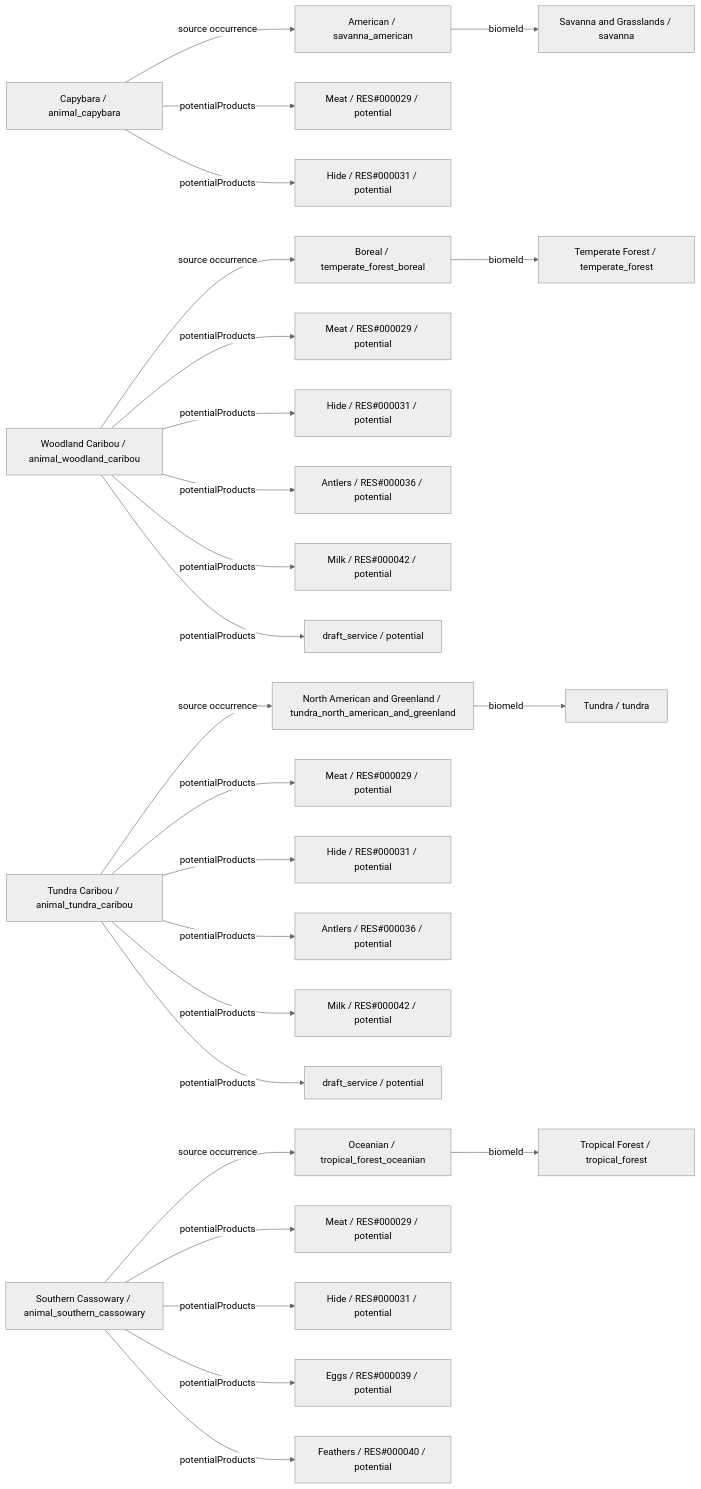
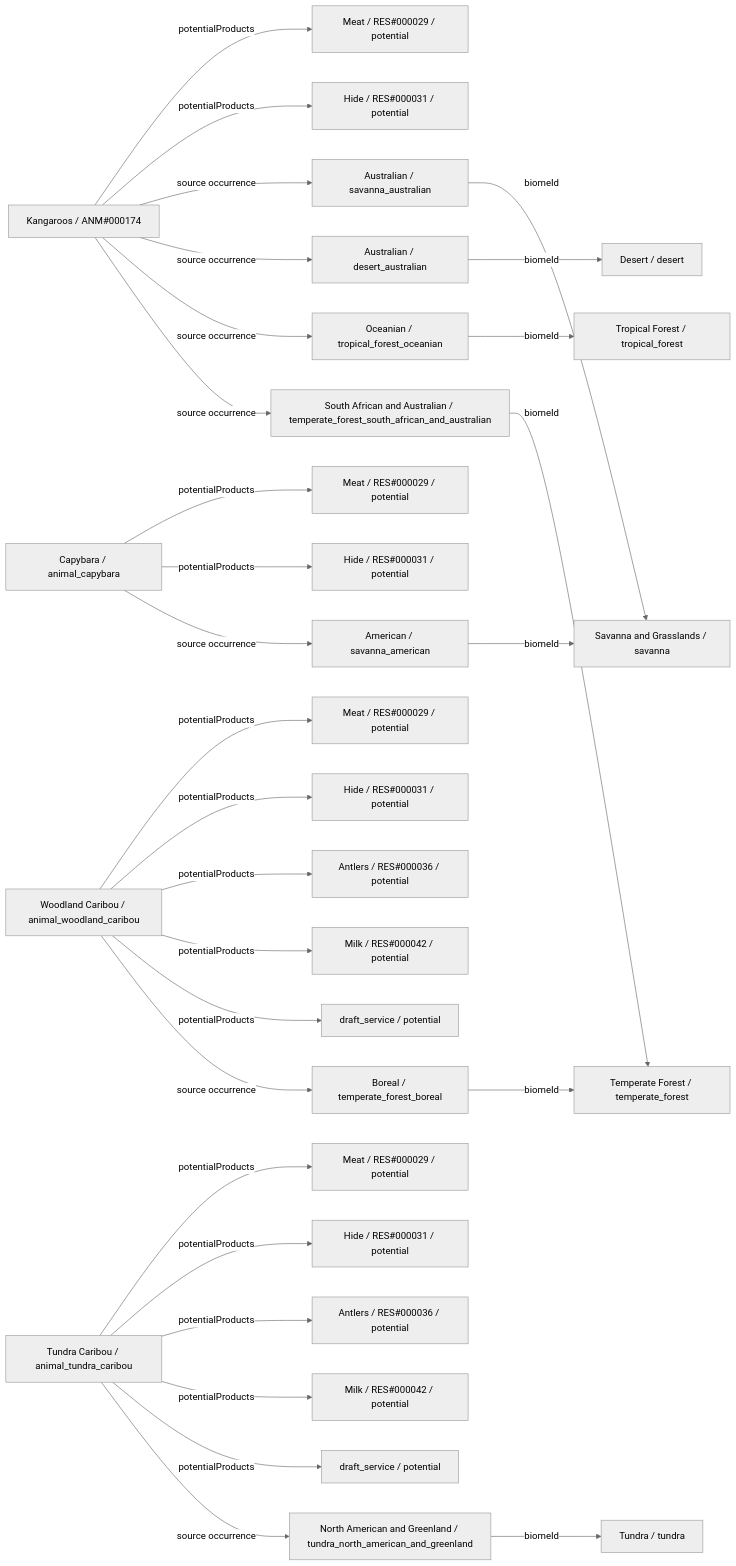
Before and after one commit to fgabo404/EvolveDoc: the fifth of 26 diagrams in data/animals/DIAGRAMS.md, drawn with Mermaid (neutral theme). The commit also changed other lines of this file and 59 other files, not shown here.

````diff
--- a/data/animals/DIAGRAMS.md
+++ b/data/animals/DIAGRAMS.md
@@ -397,55 +294,61 @@
 ```mermaid
 flowchart LR
-    c0["Capybara / animal_capybara"]
-    v12["American / savanna_american"]
+    c0["Kangaroos / ANM#000174"]
+    v3["Oceanian / tropical_forest_oceanian"]
+    b0["Tropical Forest / tropical_forest"]
+    v6["South African and Australian / temperate_forest_south_african_and_australian"]
+    b1["Temperate Forest / temperate_forest"]
+    v14["Australian / savanna_australian"]
     b3["Savanna and Grasslands / savanna"]
+    v18["Australian / desert_australian"]
+    b4["Desert / desert"]
     o0_0["Meat / RES#000029 / potential"]
     o0_1["Hide / RES#000031 / potential"]
-    c1["Woodland Caribou / animal_woodland_caribou"]
-    v7["Boreal / temperate_forest_boreal"]
-    b1["Temperate Forest / temperate_forest"]
+    c1["Capybara / animal_capybara"]
+    v12["American / savanna_american"]
     o1_0["Meat / RES#000029 / potential"]
     o1_1["Hide / RES#000031 / potential"]
-    o1_2["Antlers / RES#000036 / potential"]
-    o1_3["Milk / RES#000042 / potential"]
-    o1_4["draft_service / potential"]
-    c2["Tundra Caribou / animal_tundra_caribou"]
-    v8["North American and Greenland / tundra_north_american_and_greenland"]
-    b2["Tundra / tundra"]
+    c2["Woodland Caribou / animal_woodland_caribou"]
+    v7["Boreal / temperate_forest_boreal"]
     o2_0["Meat / RES#000029 / potential"]
     o2_1["Hide / RES#000031 / potential"]
     o2_2["Antlers / RES#000036 / potential"]
     o2_3["Milk / RES#000042 / potential"]
     o2_4["draft_service / potential"]
-    c3["Southern Cassowary / animal_southern_cassowary"]
-    v3["Oceanian / tropical_forest_oceanian"]
-    b0["Tropical Forest / tropical_forest"]
+    c3["Tundra Caribou / animal_tundra_caribou"]
+    v8["North American and Greenland / tundra_north_american_and_greenland"]
+    b2["Tundra / tundra"]
     o3_0["Meat / RES#000029 / potential"]
     o3_1["Hide / RES#000031 / potential"]
-    o3_2["Eggs / RES#000039 / potential"]
-    o3_3["Feathers / RES#000040 / potential"]
+    o3_2["Antlers / RES#000036 / potential"]
+    o3_3["Milk / RES#000042 / potential"]
+    o3_4["draft_service / potential"]
     c0 -->|potentialProducts| o0_0
     c0 -->|potentialProducts| o0_1
-    c0 -->|source occurrence| v12
+    c0 -->|source occurrence| v14
+    c0 -->|source occurrence| v18
+    c0 -->|source occurrence| v3
+    c0 -->|source occurrence| v6
     c1 -->|potentialProducts| o1_0
     c1 -->|potentialProducts| o1_1
-    c1 -->|potentialProducts| o1_2
-    c1 -->|potentialProducts| o1_3
-    c1 -->|potentialProducts| o1_4
-    c1 -->|source occurrence| v7
+    c1 -->|source occurrence| v12
     c2 -->|potentialProducts| o2_0
     c2 -->|potentialProducts| o2_1
     c2 -->|potentialProducts| o2_2
     c2 -->|potentialProducts| o2_3
     c2 -->|potentialProducts| o2_4
-    c2 -->|source occurrence| v8
+    c2 -->|source occurrence| v7
     c3 -->|potentialProducts| o3_0
     c3 -->|potentialProducts| o3_1
     c3 -->|potentialProducts| o3_2
     c3 -->|potentialProducts| o3_3
-    c3 -->|source occurrence| v3
+    c3 -->|potentialProducts| o3_4
+    c3 -->|source occurrence| v8
     v12 -->|biomeId| b3
+    v14 -->|biomeId| b3
+    v18 -->|biomeId| b4
     v3 -->|biomeId| b0
+    v6 -->|biomeId| b1
     v7 -->|biomeId| b1
     v8 -->|biomeId| b2
 ```
````
